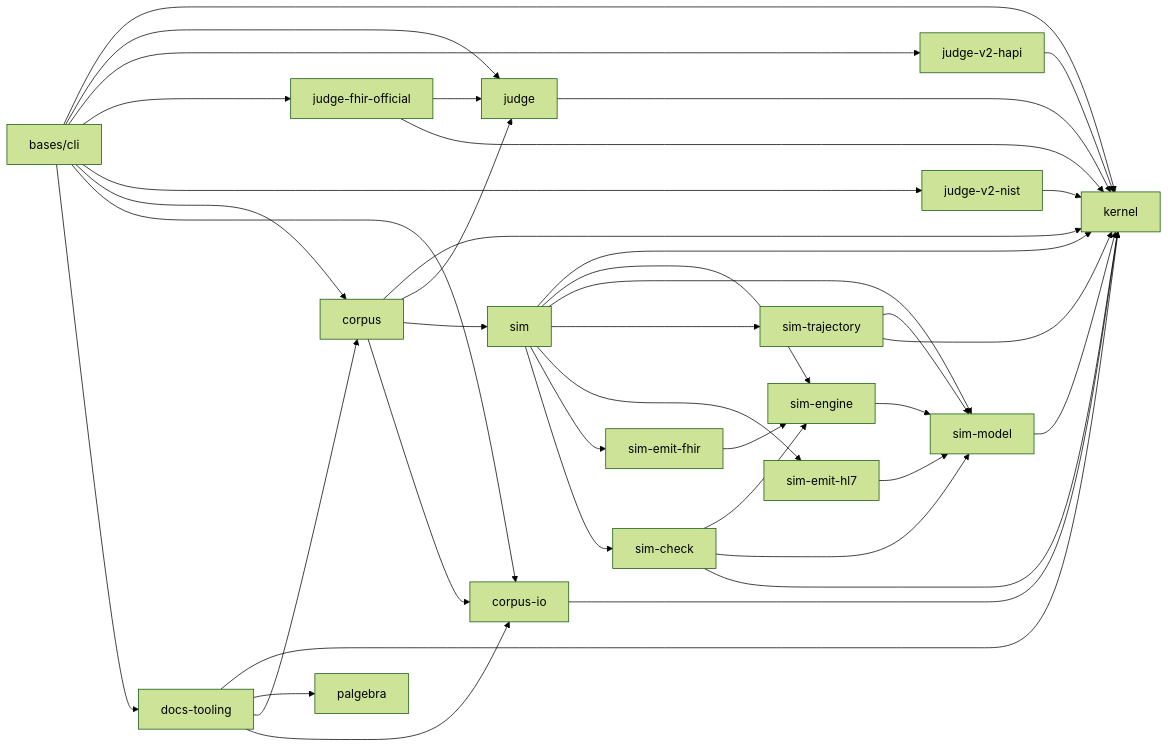
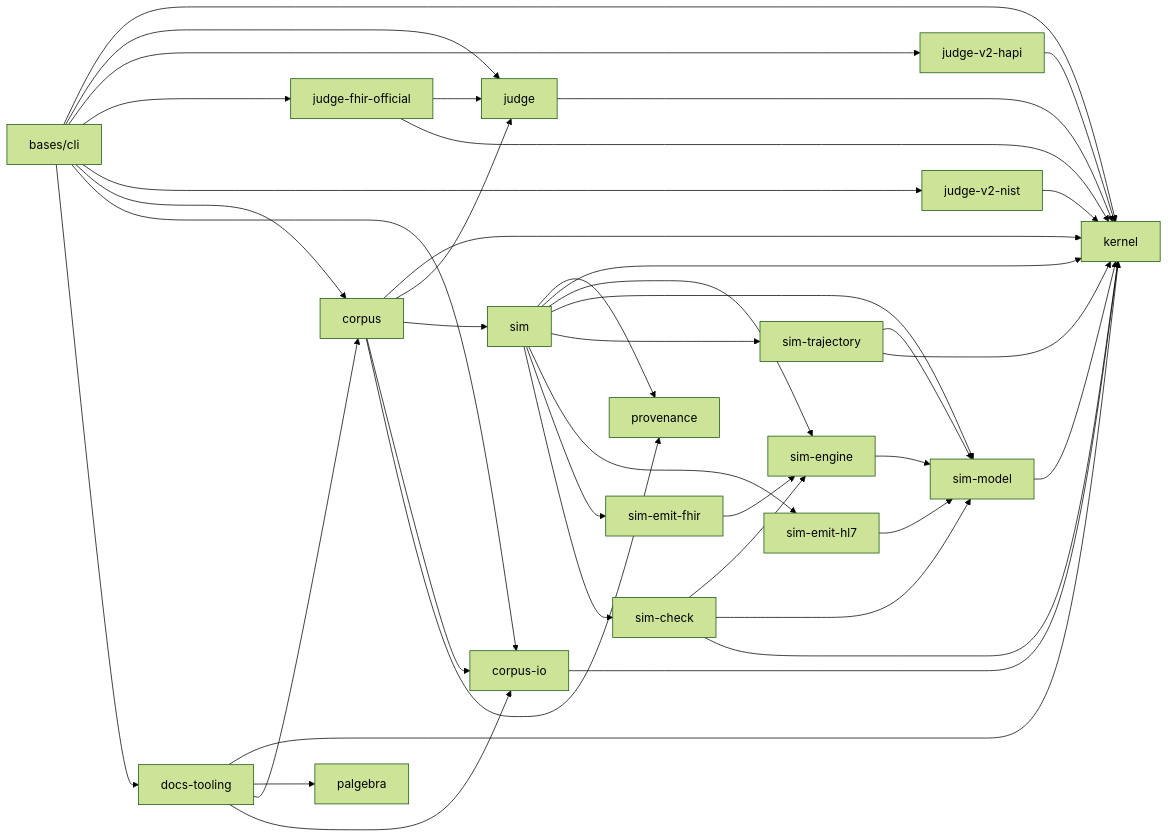
Before and after one commit to pragsmike/ehr-testing-tools: the diagram in docs/dev/architecture.md, drawn with Mermaid (forest theme). The commit also changed 5 other files, not shown here.

````diff
--- a/docs/dev/architecture.md
+++ b/docs/dev/architecture.md
@@ -25,59 +25,62 @@
 ```mermaid
 flowchart LR
     kernel[kernel]
     judge[judge]
     judgev2hapi[judge-v2-hapi]
     judgefhirofficial[judge-fhir-official]
     judgev2nist[judge-v2-nist]
+    provenance[provenance]
     corpus[corpus]
     corpusio[corpus-io]
     docstooling[docs-tooling]
     palgebra[palgebra]
     simmodel[sim-model]
     simengine[sim-engine]
     simtrajectory[sim-trajectory]
     simemithl7[sim-emit-hl7]
     simemitfhir[sim-emit-fhir]
     simcheck[sim-check]
     sim[sim]
     cli[bases/cli]
 
     judge --> kernel
     judgev2hapi --> kernel
     judgefhirofficial --> judge
     judgefhirofficial --> kernel
     judgev2nist --> kernel
     corpusio --> kernel
     corpus --> kernel
     corpus --> judge
     corpus --> sim
     corpus --> corpusio
+    corpus --> provenance
+    sim --> provenance
     simmodel --> kernel
     simengine --> simmodel
     simtrajectory --> simmodel
     simtrajectory --> kernel
     simemithl7 --> simmodel
     simemitfhir --> simengine
     simcheck --> simengine
     simcheck --> simmodel
     simcheck --> kernel
     sim --> kernel
     sim --> simengine
     sim --> simmodel
     sim --> simtrajectory
     sim --> simemithl7
     sim --> simemitfhir
     sim --> simcheck
     docstooling --> kernel
     docstooling --> palgebra
     docstooling --> corpus
     docstooling --> corpusio
     cli --> kernel
     cli --> judge
     cli --> judgev2hapi
     cli --> judgefhirofficial
     cli --> judgev2nist
     cli --> corpus
     cli --> corpusio
     cli --> docstooling
 ```
````
